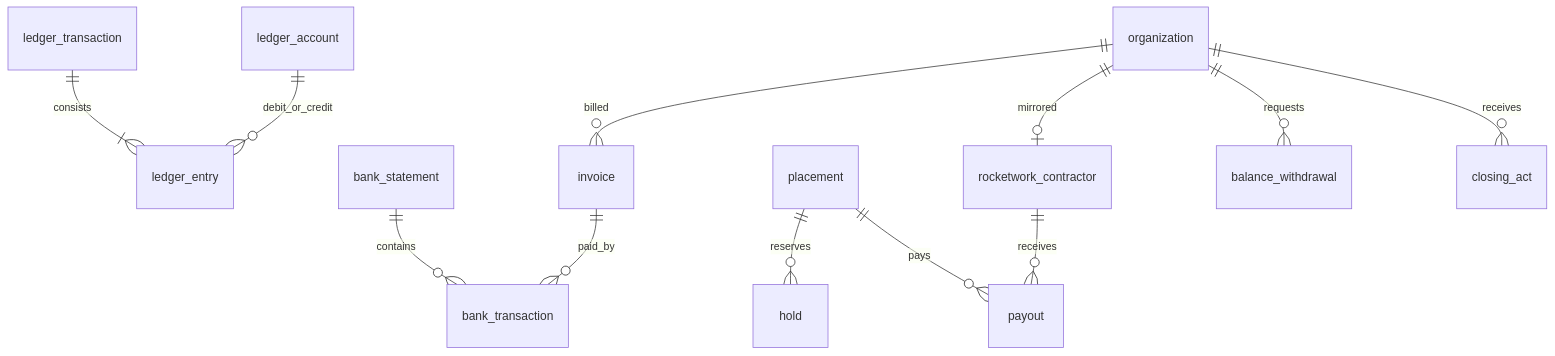
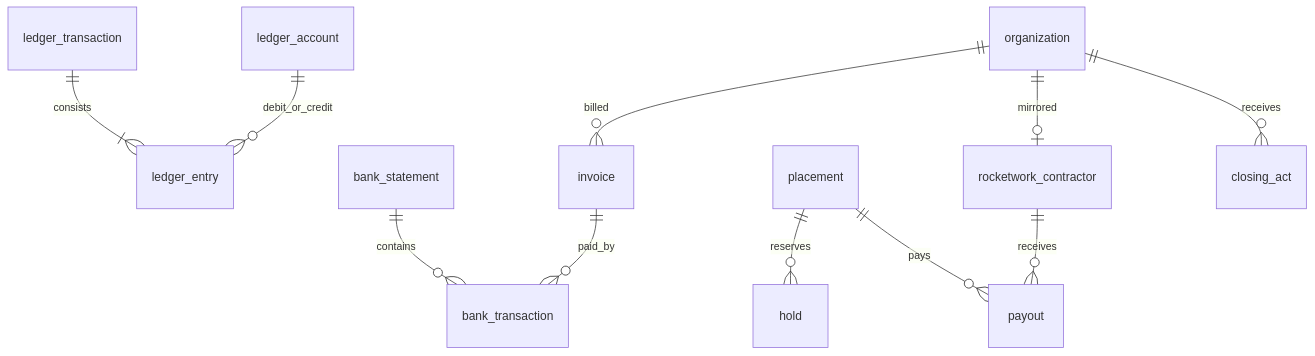
Before and after one commit to leha-creator/maxim: the sixth of 6 diagrams in docs/04-domain-model.md, drawn with Mermaid. The commit also changed other lines of this file and 12 other files, not shown here.

````diff
--- a/docs/04-domain-model.md
+++ b/docs/04-domain-model.md
@@ -506,14 +491,13 @@
 ```mermaid
 erDiagram
     organization ||--o{ invoice : billed
     bank_statement ||--o{ bank_transaction : contains
     invoice ||--o{ bank_transaction : paid_by
     ledger_transaction ||--|{ ledger_entry : consists
     ledger_account ||--o{ ledger_entry : debit_or_credit
     placement ||--o{ hold : reserves
     placement ||--o{ payout : pays
     organization ||--o| rocketwork_contractor : mirrored
     rocketwork_contractor ||--o{ payout : receives
-    organization ||--o{ balance_withdrawal : requests
     organization ||--o{ closing_act : receives
 ```
````
